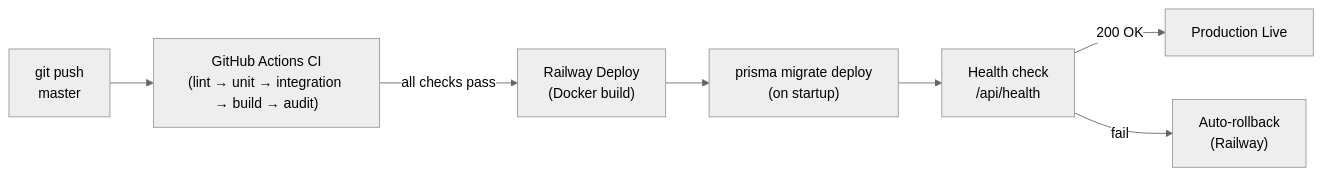
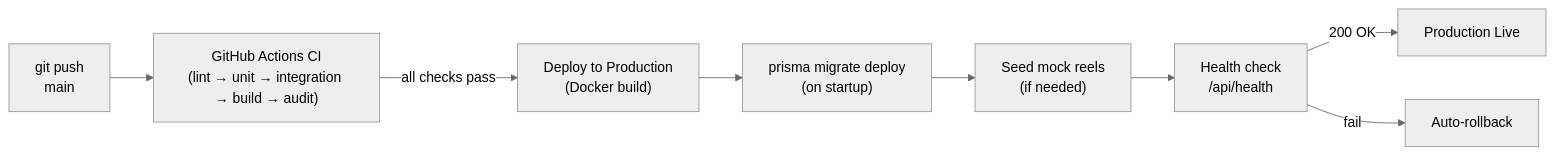
Before and after one commit to KennethAtchon/ContentAI: the fifth of 5 diagrams in docs/architecture/diagrams.md, drawn with Mermaid (neutral theme). The commit also changed other lines of this file and 41 other files, not shown here.

Commit message:
add comprehensive documentation for ReelStudio domain architecture including studio system, generation pipeline, database schema, API routes, and rate limiting configurations

````diff
--- a/docs/architecture/diagrams.md
+++ b/docs/architecture/diagrams.md
@@ -169,10 +236,11 @@
 ```mermaid
 flowchart LR
-    Dev["git push\nmaster"]
+    Dev["git push\nmain"]
     Dev --> CI["GitHub Actions CI\n(lint → unit → integration → build → audit)"]
-    CI -->|all checks pass| Deploy["Railway Deploy\n(Docker build)"]
+    CI -->|all checks pass| Deploy["Deploy to Production\n(Docker build)"]
     Deploy --> Migrate["prisma migrate deploy\n(on startup)"]
-    Migrate --> Health["Health check\n/api/health"]
+    Migrate --> Seed["Seed mock reels\n(if needed)"]
+    Seed --> Health["Health check\n/api/health"]
     Health -->|200 OK| Live["Production Live"]
-    Health -->|fail| Rollback["Auto-rollback\n(Railway)"]
+    Health -->|fail| Rollback["Auto-rollback"]
 ```
````
